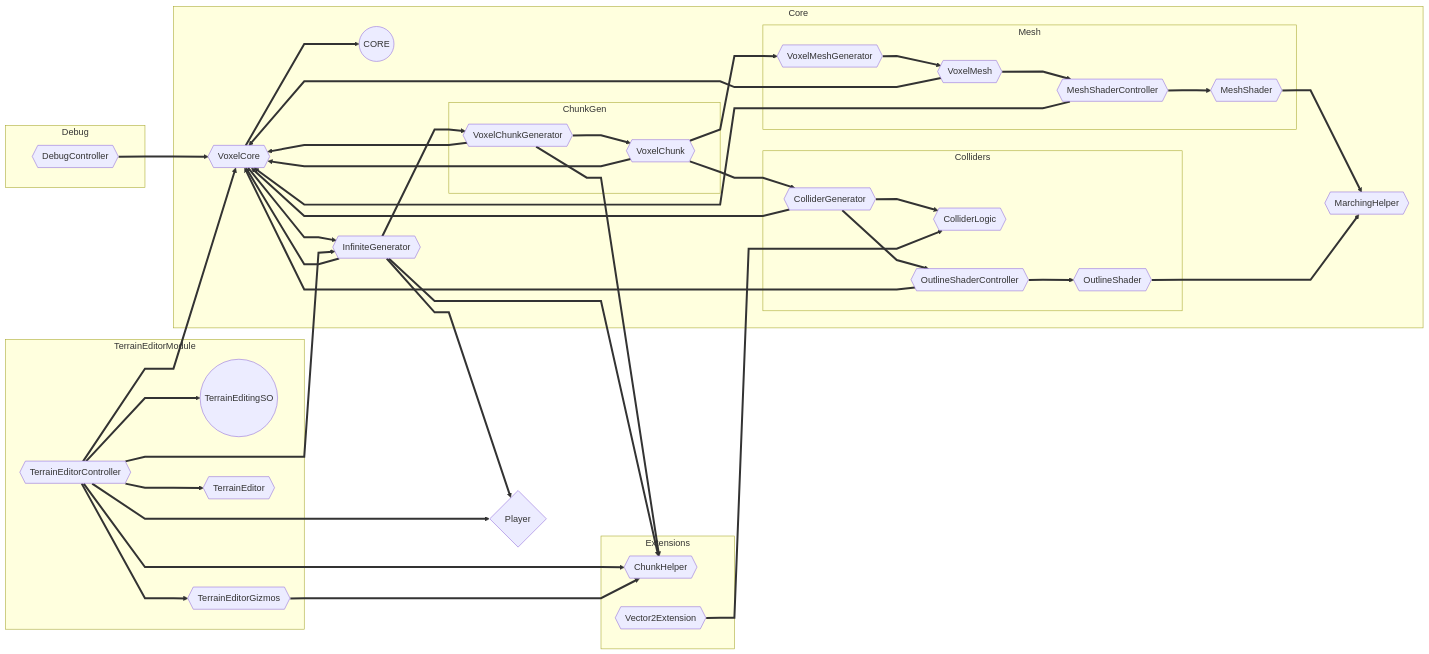
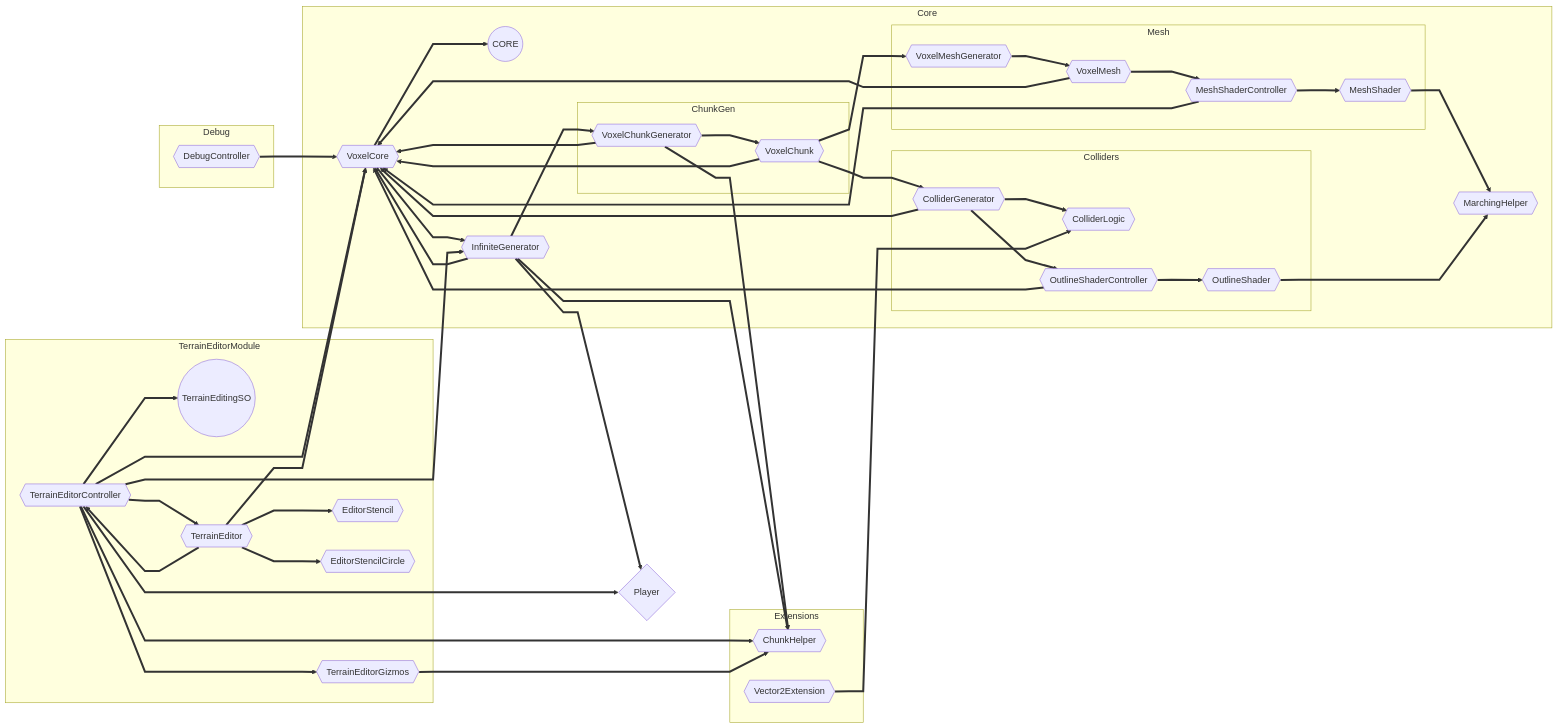
Before and after one commit to joesobo/Marching-Squares-2.0: the diagram in Assets/Graphs/CORE.md, drawn with Mermaid. The commit also changed 11 other files, not shown here.

````diff
--- a/Assets/Graphs/CORE.md
+++ b/Assets/Graphs/CORE.md
@@ -48,6 +48,8 @@
     TerrainEditorController{{TerrainEditorController}};
     TerrainEditorGizmos{{TerrainEditorGizmos}};
     TerrainEditor{{TerrainEditor}};
+    EditorStencil{{EditorStencil}};
+    EditorStencilCircle{{EditorStencilCircle}};
   end
 
   Player{Player};
@@ -100,4 +102,9 @@
   TerrainEditorController ==> TerrainEditor;
 
   TerrainEditorGizmos ==> ChunkHelper;
+
+  TerrainEditor ==> VoxelCore;
+  TerrainEditor ==> TerrainEditorController;
+  TerrainEditor ==> EditorStencil;
+  TerrainEditor ==> EditorStencilCircle;
 ```
````
